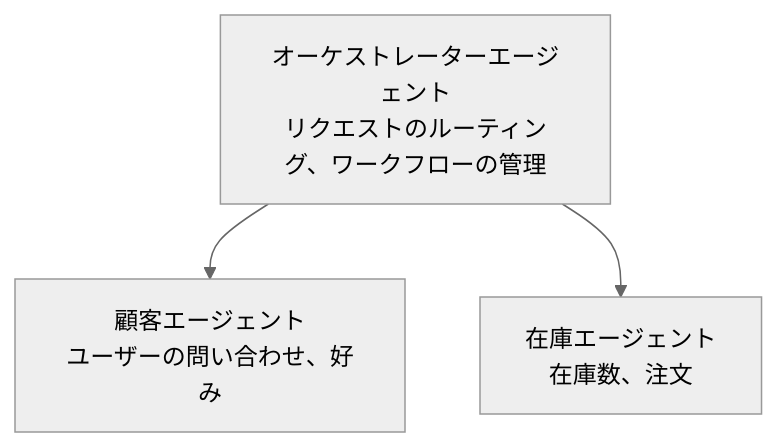
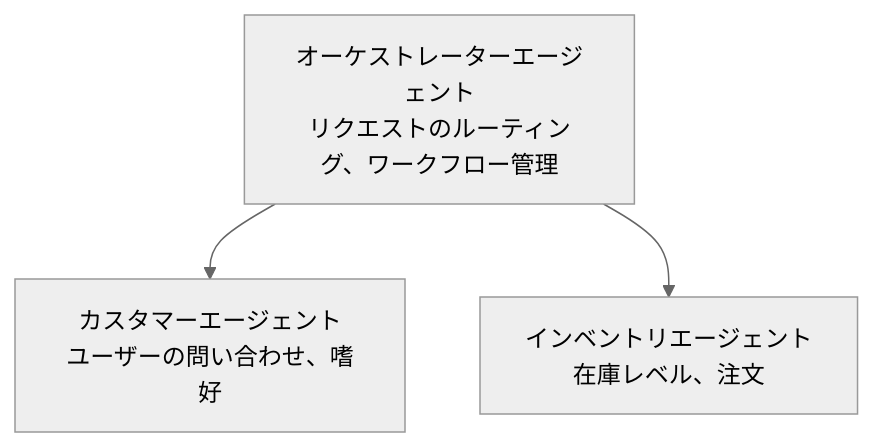
One commit to microsoft/AZD-for-beginners changed the diagram in translations/ja/docs/chapter-05-multi-agent/README.md. Above: the diagram before and after it, drawn with Mermaid (neutral theme). The commit also changed other lines of this file and 101 other files, not shown here.

````diff
--- a/translations/ja/docs/chapter-05-multi-agent/README.md
+++ b/translations/ja/docs/chapter-05-multi-agent/README.md
@@ -50,5 +52,5 @@
 ```mermaid
 graph TD
-    Orchestrator[オーケストレーターエージェント<br/>リクエストのルーティング、ワークフローの管理] --> Customer[顧客エージェント<br/>ユーザーの問い合わせ、好み]
-    Orchestrator --> Inventory[在庫エージェント<br/>在庫数、注文]
+    Orchestrator[オーケストレーターエージェント<br/>リクエストのルーティング、ワークフロー管理] --> Customer[カスタマーエージェント<br/>ユーザーの問い合わせ、嗜好]
+    Orchestrator --> Inventory[インベントリエージェント<br/>在庫レベル、注文]
 ```
````
